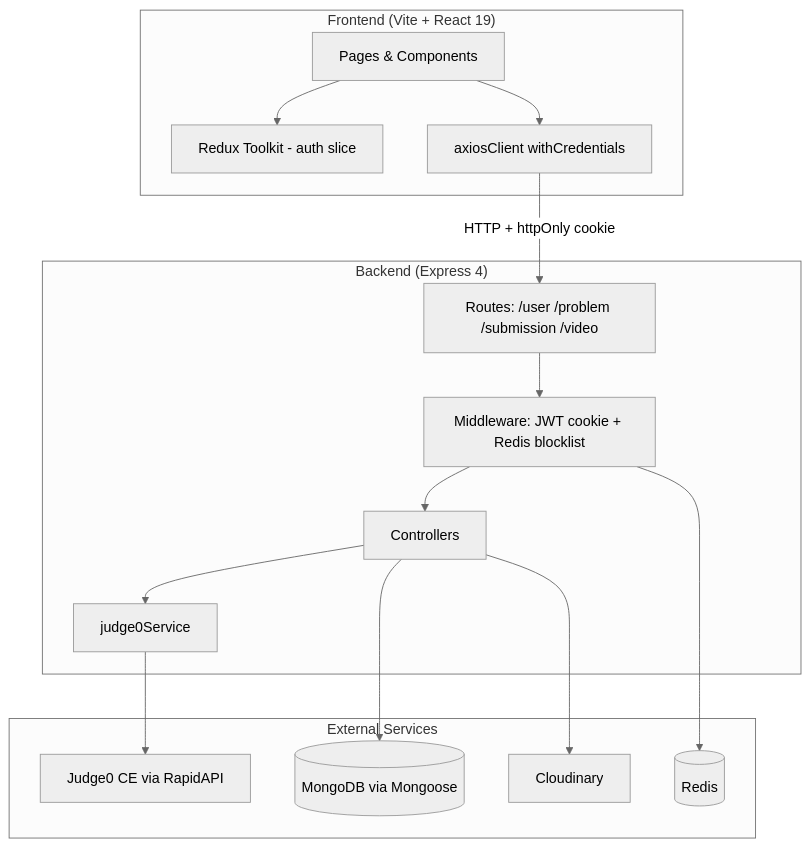
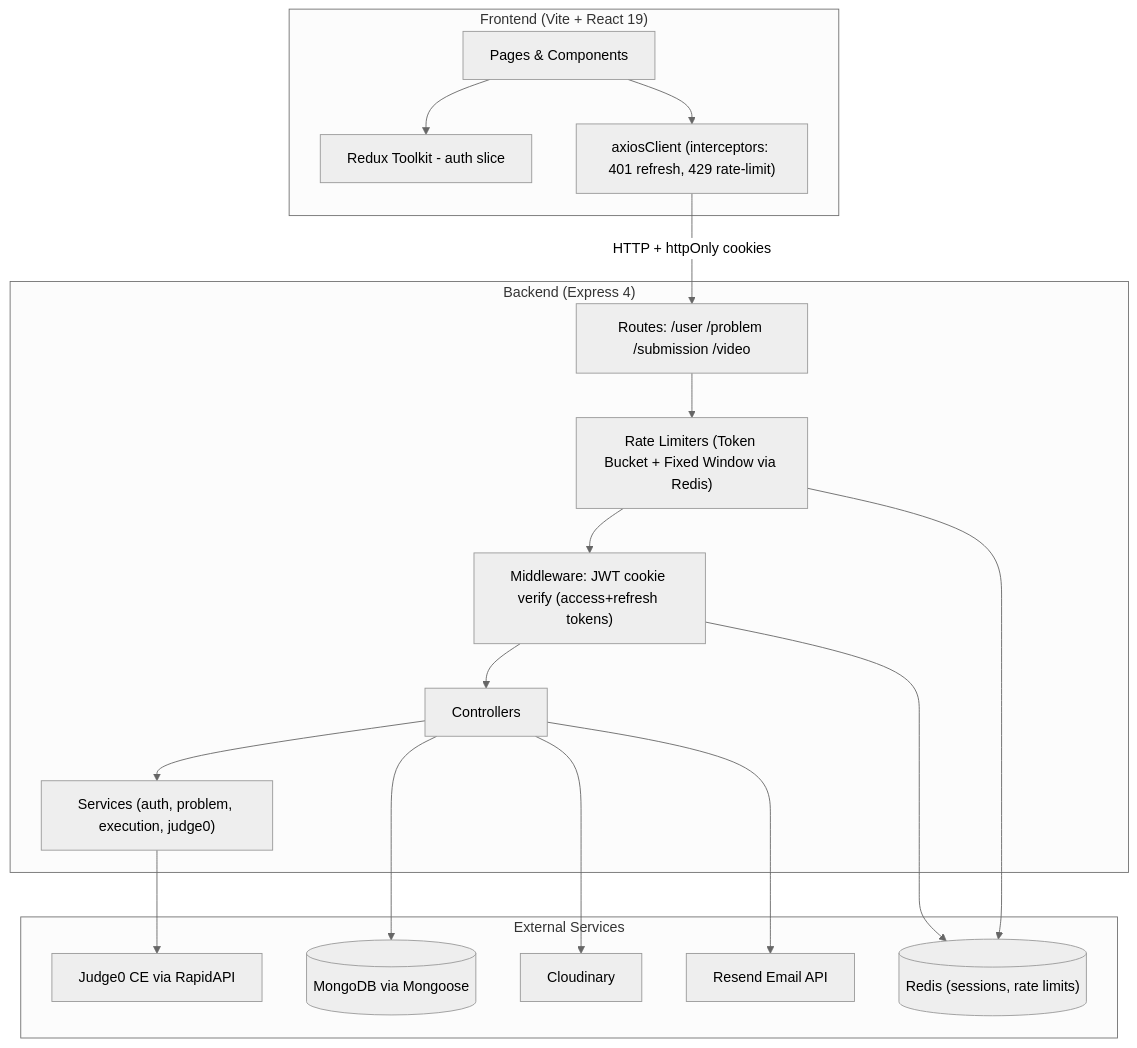
Before and after one commit to Lokeshkumar719/CodeArena: the diagram in docs/ARCHITECTURE.md, drawn with Mermaid (neutral theme). The commit also changed other lines of this file and 23 other files, not shown here.

````diff
--- a/docs/ARCHITECTURE.md
+++ b/docs/ARCHITECTURE.md
@@ -15,32 +15,36 @@
 ```mermaid
 flowchart TB
   subgraph Client["Frontend (Vite + React 19)"]
     UI[Pages & Components]
     Redux[Redux Toolkit - auth slice]
-    Axios[axiosClient withCredentials]
+    Axios["axiosClient (interceptors: 401 refresh, 429 rate-limit)"]
     UI --> Redux
     UI --> Axios
   end
 
   subgraph Server["Backend (Express 4)"]
-    Routes[Routes: /user /problem /submission /video]
-  MW[Middleware: JWT cookie + Redis blocklist]
+    Routes["Routes: /user /problem /submission /video"]
+    RL["Rate Limiters (Token Bucket + Fixed Window via Redis)"]
+    MW["Middleware: JWT cookie verify (access+refresh tokens)"]
     Ctrl[Controllers]
-    Svc[judge0Service]
-    Routes --> MW --> Ctrl
+    Svc["Services (auth, problem, execution, judge0)"]
+    Routes --> RL --> MW --> Ctrl
     Ctrl --> Svc
   end
 
   subgraph External["External Services"]
     MongoDB[(MongoDB via Mongoose)]
-    Redis[(Redis)]
+    Redis[("Redis (sessions, rate limits)")]
     J0[Judge0 CE via RapidAPI]
     Cloud[Cloudinary]
+    Resend[Resend Email API]
   end
 
-  Axios -->|HTTP + httpOnly cookie| Routes
+  Axios -->|HTTP + httpOnly cookies| Routes
   Ctrl --> MongoDB
   MW --> Redis
+  RL --> Redis
   Svc --> J0
   Ctrl --> Cloud
+  Ctrl --> Resend
 ```
````
